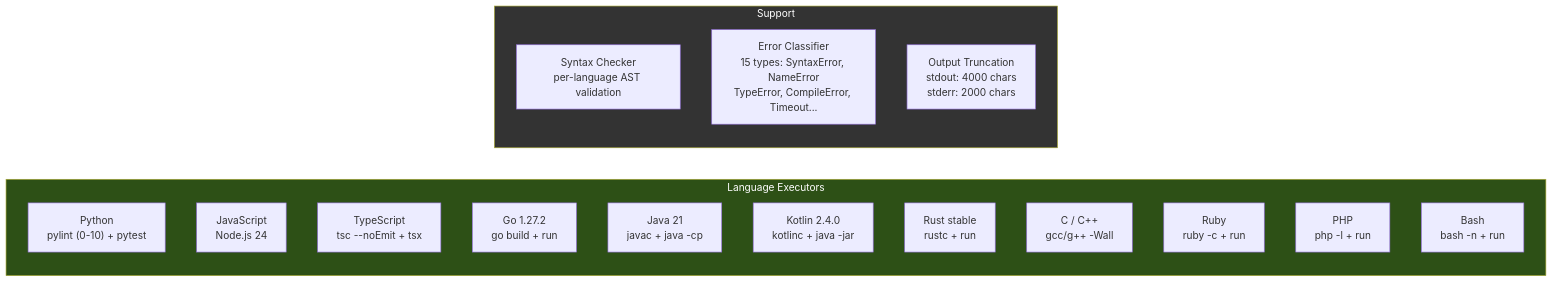
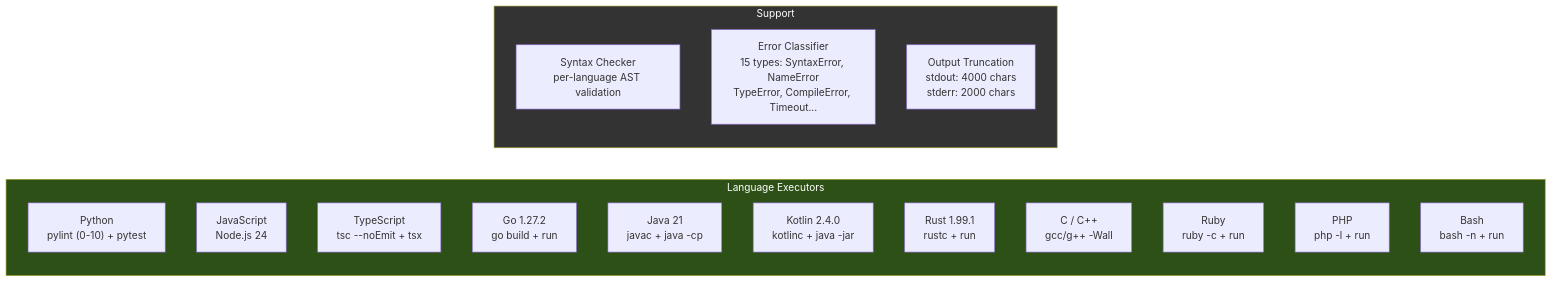
The seventh of 11 diagrams in docs/lang/ja/ARCHITECTURE.md (inferstep/ATLAS), drawn with Mermaid before and after one commit. The commit also changed 5 other files, not shown here.

````diff
--- a/docs/lang/ja/ARCHITECTURE.md
+++ b/docs/lang/ja/ARCHITECTURE.md
@@ -747,25 +747,25 @@
 ```mermaid
 graph LR
     subgraph executors["Language Executors"]
         Py["Python\npylint (0-10) + pytest"]
         JS["JavaScript\nNode.js 24"]
         TS["TypeScript\ntsc --noEmit + tsx"]
         Go["Go 1.27.2\ngo build + run"]
         Java["Java 21\njavac + java -cp"]
         Kotlin["Kotlin 2.4.0\nkotlinc + java -jar"]
-        Rust["Rust stable\nrustc + run"]
+        Rust["Rust 1.99.1\nrustc + run"]
         C["C / C++\ngcc/g++ -Wall"]
         Ruby["Ruby\nruby -c + run"]
         PHP["PHP\nphp -l + run"]
         Bash["Bash\nbash -n + run"]
     end
 
     subgraph support["Support"]
         Syn["Syntax Checker\nper-language AST validation"]
         Err["Error Classifier\n15 types: SyntaxError, NameError\nTypeError, CompileError, Timeout..."]
         Trunc["Output Truncation\nstdout: 4000 chars\nstderr: 2000 chars"]
     end
 
     style executors fill:#2d5016,color:#fff
     style support fill:#333,color:#fff
 ```
````
